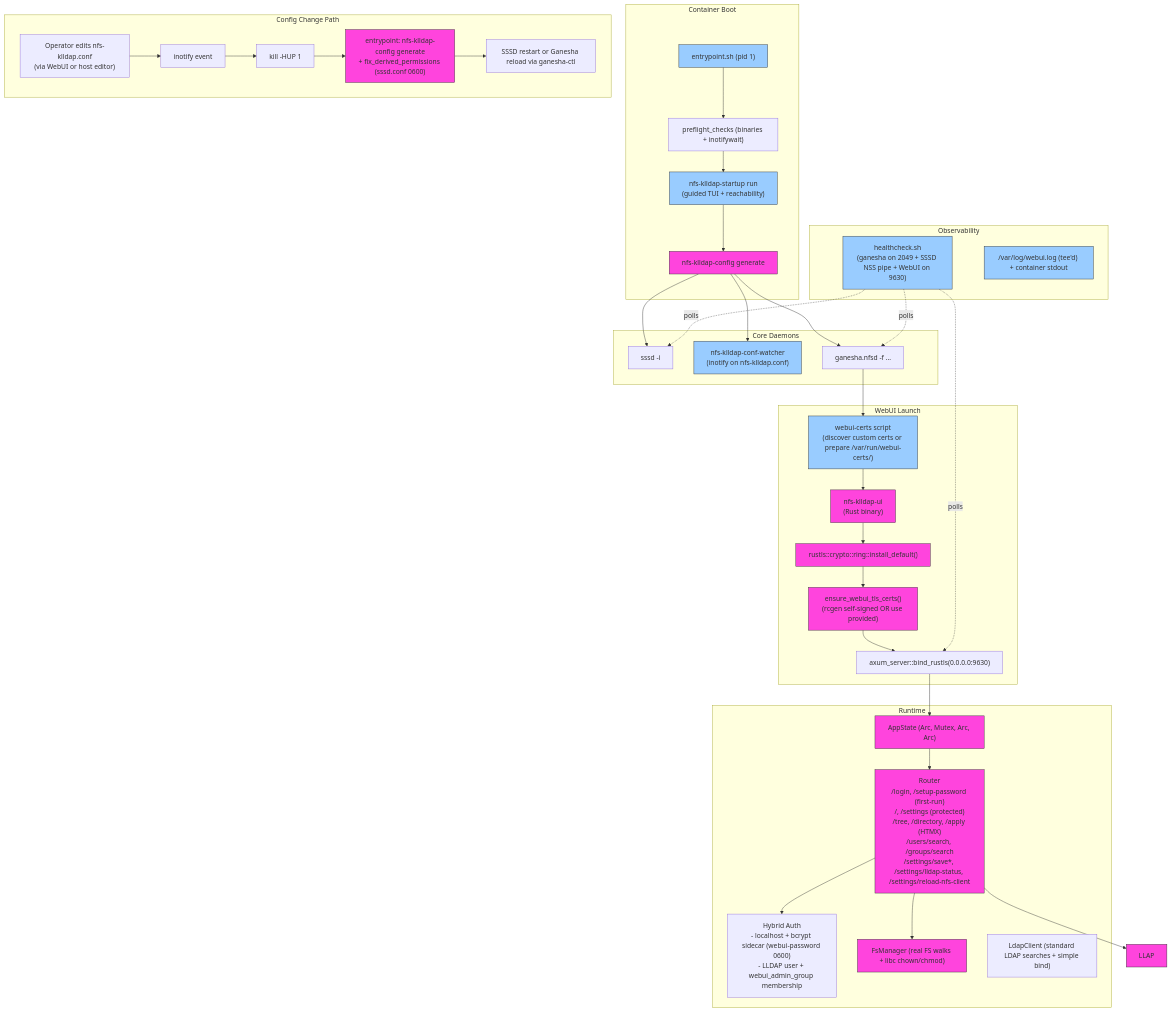
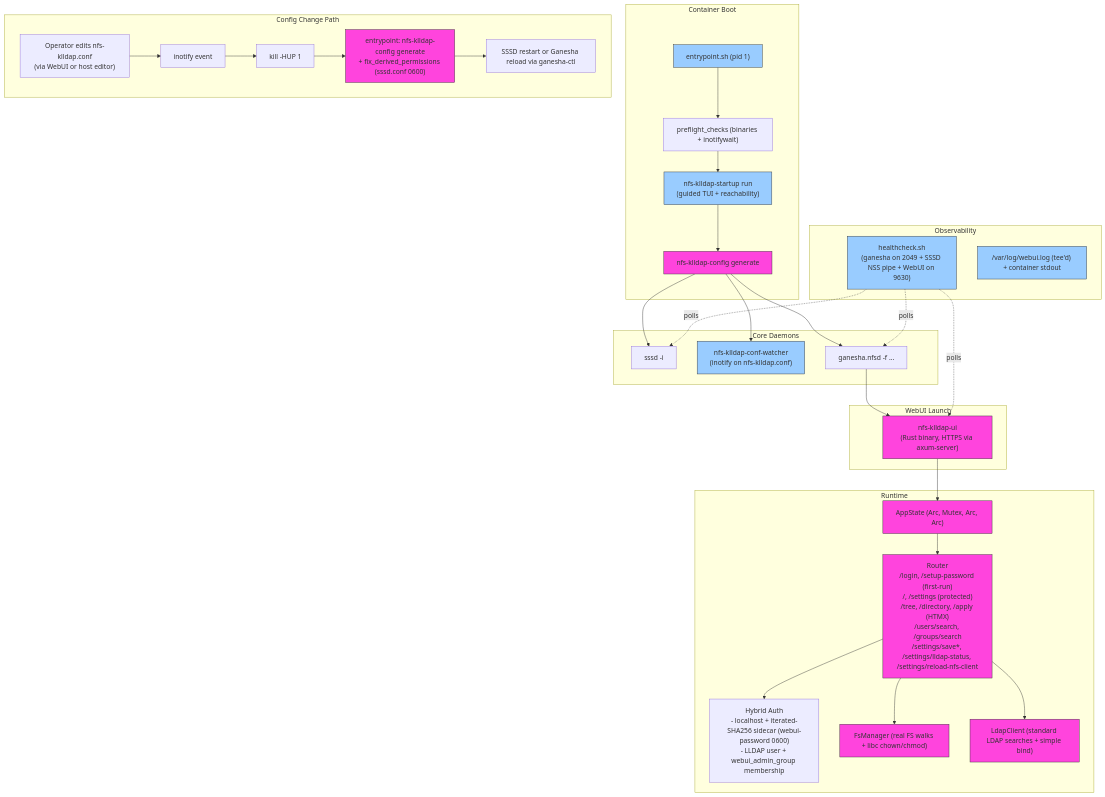
Before and after one commit to Aelieth/nfs-klldap-host: the diagram in README.md, drawn with Mermaid. The commit also changed other lines of this file and 27 other files, not shown here.

````diff
--- a/README.md
+++ b/README.md
@@ -171,66 +170,60 @@
 ```mermaid
 flowchart TB
     subgraph Container Boot
         EP["entrypoint.sh (pid 1)"]
         PRE["preflight_checks (binaries + inotifywait)"]
         START["nfs-klldap-startup run\n(guided TUI + reachability)"]
         GEN1["nfs-klldap-config generate"]
     end
 
     subgraph Core Daemons
         SSSD["sssd -i"]
         WATCH["nfs-klldap-conf-watcher\n(inotify on nfs-klldap.conf)"]
         GANESHA["ganesha.nfsd -f ..."]
     end
 
     subgraph WebUI Launch
-        CERTS["webui-certs script\n(discover custom certs or prepare /var/run/webui-certs/)"]
-        UI["nfs-klldap-ui\n(Rust binary)"]
-        RUSTLS["rustls::crypto::ring::install_default()"]
-        CERTENSURE["ensure_webui_tls_certs()\n(rcgen self-signed OR use provided)"]
-        BIND["axum_server::bind_rustls(0.0.0.0:9630)"]
+        UI["nfs-klldap-ui\n(Rust binary, HTTPS via axum-server)"]
     end
 
     subgraph Runtime
-        AUTH["Hybrid Auth\n- localhost + bcrypt sidecar (webui-password 0600)\n- LLDAP user + webui_admin_group membership"]
+        AUTH["Hybrid Auth\n- localhost + iterated-SHA256 sidecar (webui-password 0600)\n- LLDAP user + webui_admin_group membership"]
         ROUTER["Router\n/login, /setup-password (first-run)\n/, /settings (protected)\n/tree, /directory, /apply (HTMX)\n/users/search, /groups/search\n/settings/save*, /settings/lldap-status, /settings/reload-nfs-client"]
         FSM["FsManager (real FS walks + libc chown/chmod)"]
         LDAP["LdapClient (standard LDAP searches + simple bind)"]
         STATE["AppState (Arc<FsManager>, Mutex<LdapClient>, Arc<Config>, Arc<AuthManager>)"]
     end
 
     subgraph Config Change Path
         EDIT["Operator edits nfs-klldap.conf\n(via WebUI or host editor)"]
         INO["inotify event"]
         SIGHUP["kill -HUP 1"]
         GEN2["entrypoint: nfs-klldap-config generate\n+ fix_derived_permissions (sssd.conf 0600)"]
         RELOAD["SSSD restart or Ganesha reload via ganesha-ctl"]
     end
 
     subgraph Observability
         HEALTH["healthcheck.sh\n(ganesha on 2049 + SSSD NSS pipe + WebUI on 9630)"]
         LOGS["/var/log/webui.log (tee'd) + container stdout"]
     end
 
     EP --> PRE --> START --> GEN1 --> SSSD
     GEN1 --> WATCH
     GEN1 --> GANESHA
-    GANESHA --> CERTS --> UI
-    UI --> RUSTLS --> CERTENSURE --> BIND
-
-    BIND --> STATE
+    GANESHA --> UI
+    UI --> STATE
     STATE --> ROUTER
     ROUTER --> AUTH
     ROUTER --> FSM
-    ROUTER --> LLAP
+    ROUTER --> LDAP
 
     EDIT --> INO --> SIGHUP --> GEN2 --> RELOAD
     HEALTH -. polls .-> GANESHA
     HEALTH -. polls .-> SSSD
-    HEALTH -. polls .-> BIND
+    HEALTH -. polls .-> UI
 
     classDef rust fill:#f4d,stroke:#333
     classDef shell fill:#9cf,stroke:#333
-    class UI,FSM,LLAP,STATE,RUSTLS,CERTENSURE,ROUTER,GEN1,GEN2 rust
-    class EP,CERTS,WATCH,START,SSHD,HEALTH,LOGS shell
+    class UI,FSM,LDAP,STATE,ROUTER,GEN1,GEN2 rust
+    class EP,WATCH,START,SSHD,HEALTH,LOGS shell
 ```
````
